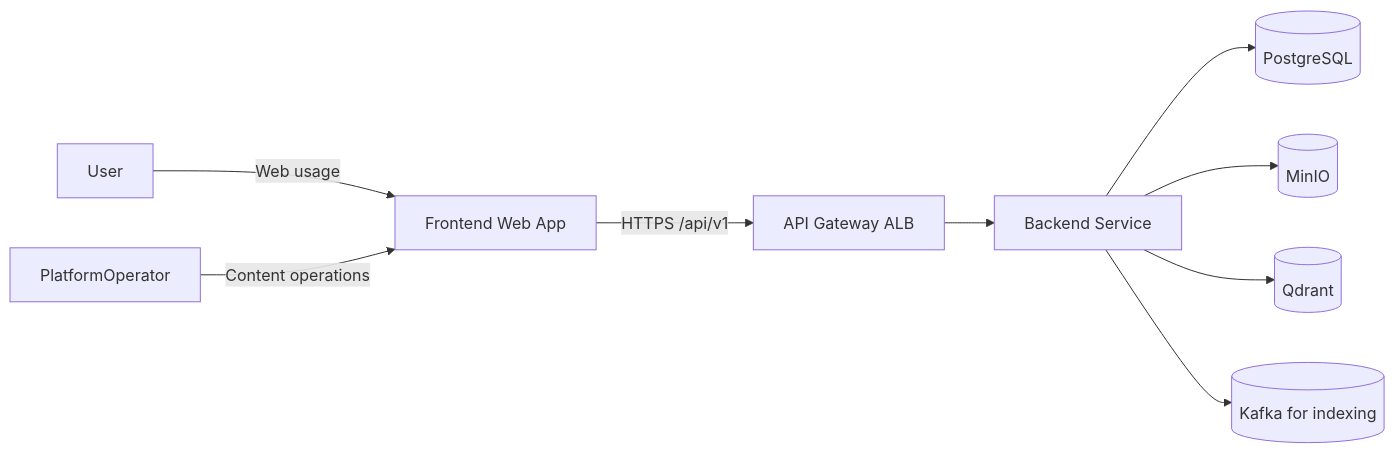
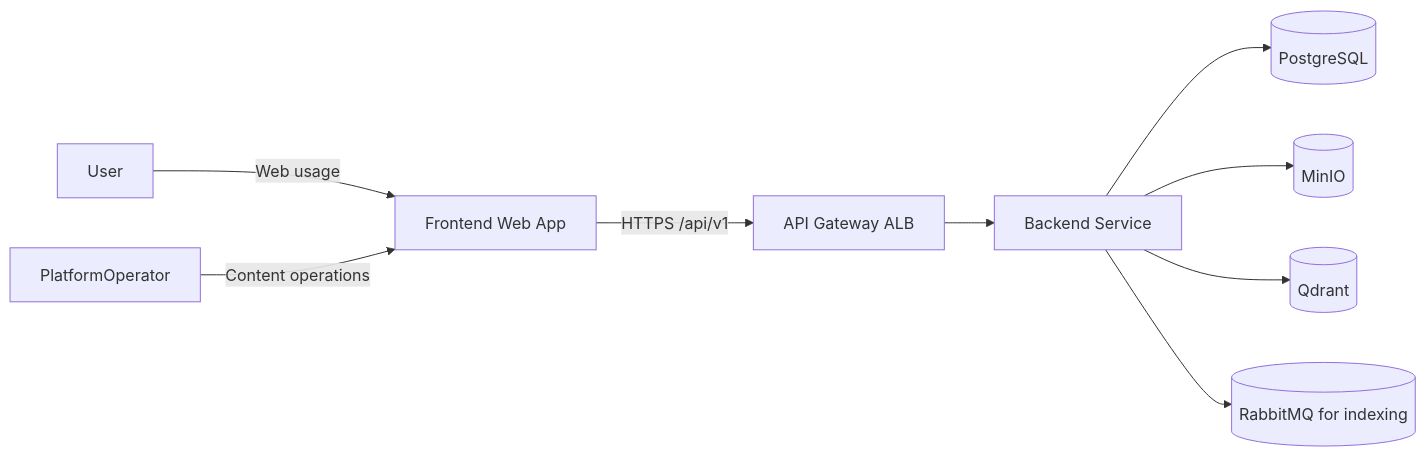
One commit to BeketML/EduAI changed the diagram in documents/BRD.md. Above: the diagram before and after it, drawn with Mermaid. The commit also changed other lines of this file and 6 other files, not shown here.

````diff
--- a/documents/BRD.md
+++ b/documents/BRD.md
@@ -143,11 +143,11 @@
 ```mermaid
 flowchart LR
   user[User] -->|Web usage| frontend[Frontend Web App]
   operator[PlatformOperator] -->|Content operations| frontend
   frontend -->|HTTPS /api/v1| gateway[API Gateway ALB]
   gateway --> backend[Backend Service]
   backend --> pg[(PostgreSQL)]
   backend --> minio[(MinIO)]
   backend --> qdrant[(Qdrant)]
-  backend --> kafka[(Kafka for indexing)]
+  backend --> rabbitmq[(RabbitMQ for indexing)]
 ```
````
